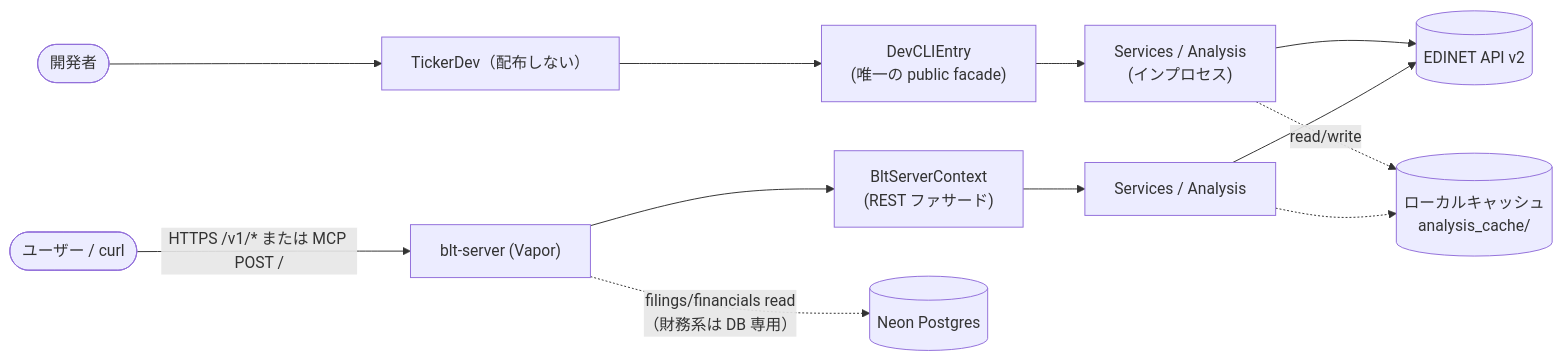
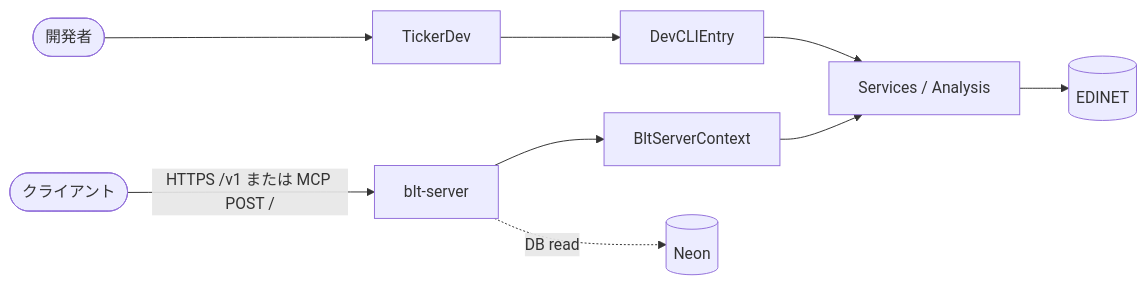
The second of 2 diagrams in docs/architecture.md (sollahiro/blue-ticker), drawn with Mermaid before and after one commit. The commit also changed other lines of this file and 15 other files, not shown here.

````diff
--- a/docs/architecture.md
+++ b/docs/architecture.md
@@ -77,14 +61,11 @@
 ```mermaid
 flowchart LR
-    user(["ユーザー / curl"]) -->|"HTTPS /v1/* または MCP POST /"| server["blt-server (Vapor)"]
-    dev(["開発者"]) --> devcli["TickerDev（配布しない）"]
-    devcli --> facade0["DevCLIEntry<br/>(唯一の public facade)"]
-    facade0 --> svc["Services / Analysis<br/>(インプロセス)"]
-    server --> facade["BltServerContext<br/>(REST ファサード)"]
-    facade --> svc2["Services / Analysis"]
-    svc --> edinet[("EDINET API v2")]
-    svc2 --> edinet
-    svc -.->|read/write| cache[("ローカルキャッシュ<br/>analysis_cache/")]
-    svc2 -.-> cache
-    server -.->|"filings/financials read<br/>（財務系は DB 専用）"| pg[("Neon Postgres")]
+    user(["クライアント"]) -->|"HTTPS /v1 または MCP POST /"| server["blt-server"]
+    dev(["開発者"]) --> tickerdev["TickerDev"]
+    tickerdev --> facade0["DevCLIEntry"]
+    server --> facade["BltServerContext"]
+    facade0 --> svc["Services / Analysis"]
+    facade --> svc
+    svc --> edinet[("EDINET")]
+    server -.->|DB read| pg[("Neon")]
 ```
````
